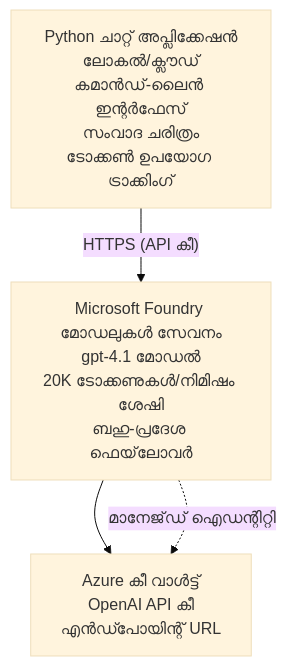
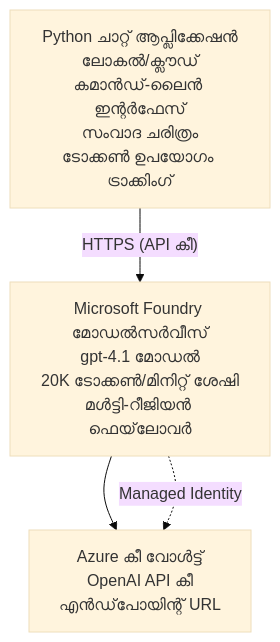
Before and after one commit to microsoft/AZD-for-beginners: the diagram in translations/ml/examples/azure-openai-chat/README.md, drawn with Mermaid (base theme). The commit also changed other lines of this file and 104 other files, not shown here.

````diff
--- a/translations/ml/examples/azure-openai-chat/README.md
+++ b/translations/ml/examples/azure-openai-chat/README.md
@@ -26,6 +26,6 @@
 ```mermaid
 graph TD
-    App[Python ചാറ്റ് അപ്ലിക്കേഷൻ<br/>ലോകൽ/ക്ലൗഡ്<br/>കമാൻഡ്-ലൈൻ ഇന്റർഫേസ്<br/>സംവാദ ചരിത്രം<br/>ടോക്കൺ ഉപയോഗ ട്രാക്കിംഗ്] -- "HTTPS (API കീ)" --> Foundry[Microsoft Foundry മോഡലുകൾ സേവനം<br/>gpt-4.1 മോഡൽ<br/>20K ടോക്കണുകൾ/നിമിഷം ശേഷി<br/>ബഹു-പ്രദേശ ഫെയ്‌ലോവർ]
-    Foundry --> KV[Azure കീ വാൾട്ട്<br/>OpenAI API കീ<br/>എൻഡ്പോയിന്റ് URL]
-    Foundry -. മാനേജ്‌ഡ് ഐഡന്റിറ്റി .-> KV
+    App[Python ചാറ്റ് ആപ്ലിക്കേഷൻ<br/>ലോകൽ/ക്ലൗഡ്<br/>കമാൻഡ്-ലൈൻ ഇന്റർഫേസ്<br/>സംവാദ ചരിത്രം<br/>ടോക്കൺ ഉപയോഗം ട്രാക്കിംഗ്] -- "HTTPS (API കീ)" --> Foundry[Microsoft Foundry മോഡൽസർവീസ്<br/>gpt-4.1 മോഡൽ<br/>20K ടോക്കൺ/മിനിറ്റ് ശേഷി<br/>മൾട്ടി-റീജിയൻ ഫെയ്‌ലോവർ]
+    Foundry --> KV[Azure കീ വോൾട്ട്<br/>OpenAI API കീ<br/>എൻഡ്‌പോയിന്റ് URL]
+    Foundry -. Managed Identity .-> KV
 ```
````
